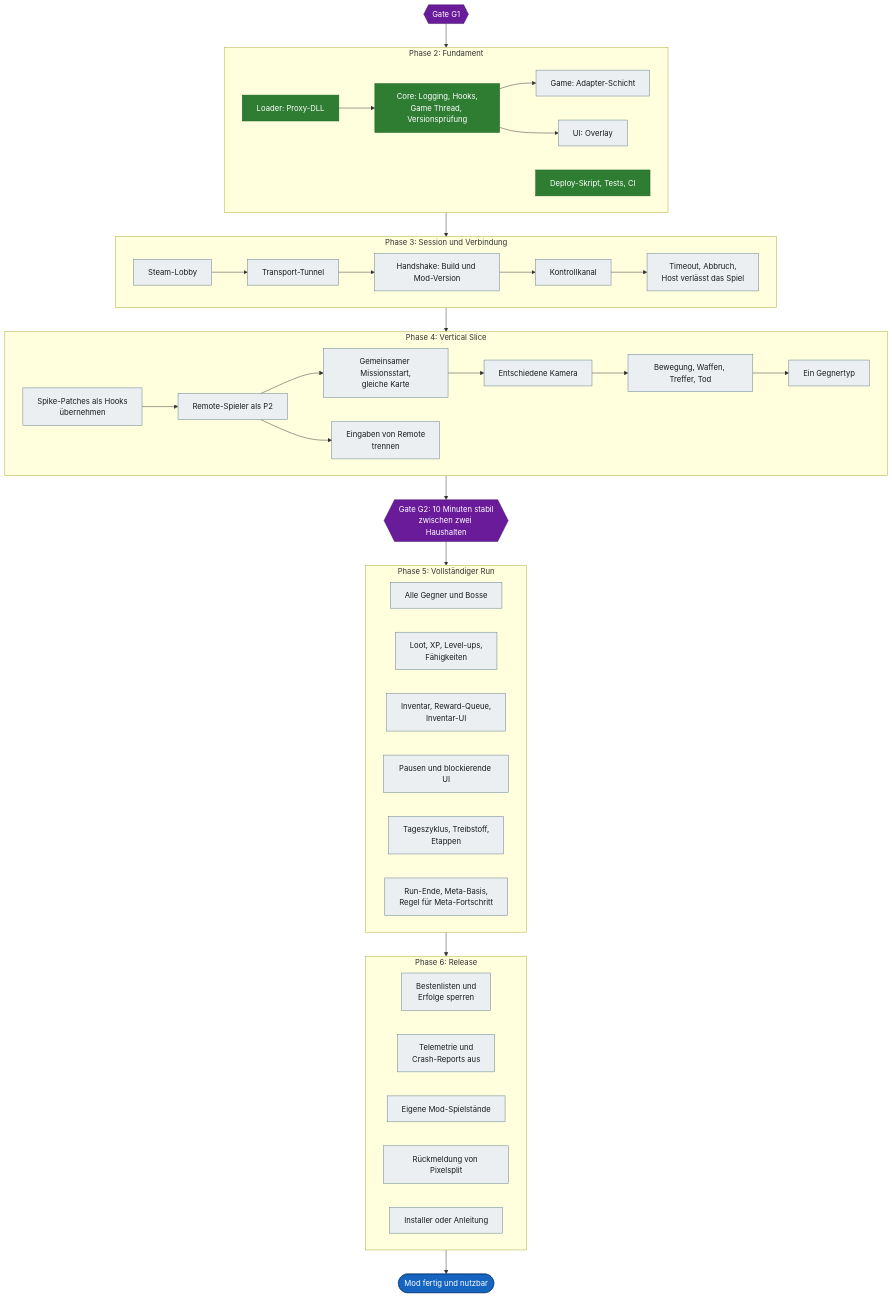
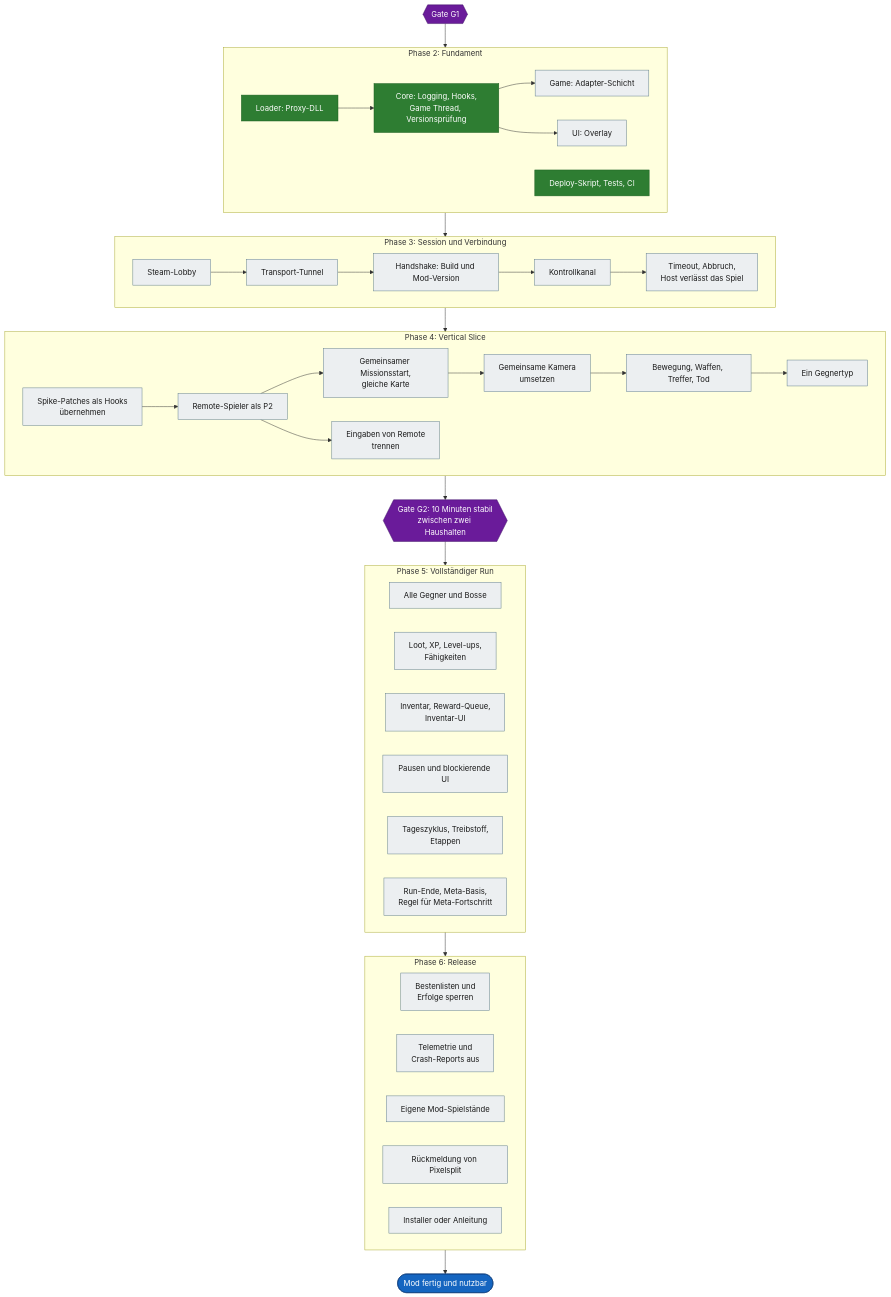
Before and after one commit to VitaminStack/Deadly-Days-Roadtrip-Multiplayer-Mod: the third of 4 diagrams in docs/ROADMAP.md, drawn with Mermaid. The commit also changed other lines of this file and 3 other files, not shown here.

````diff
--- a/docs/ROADMAP.md
+++ b/docs/ROADMAP.md
@@ -139,64 +139,64 @@
 ```mermaid
 flowchart TD
     G1{{"Gate G1"}}:::gate
 
     subgraph PH2["Phase 2: Fundament"]
         L["Loader: Proxy-DLL"]:::done
         C["Core: Logging, Hooks,<br/>Game Thread, Versionsprüfung"]:::done
         GA["Game: Adapter-Schicht"]:::open
         U["UI: Overlay"]:::open
         W["Deploy-Skript, Tests, CI"]:::done
         L --> C --> GA
         C --> U
     end
 
     subgraph PH3["Phase 3: Session und Verbindung"]
         LO["Steam-Lobby"]:::open
         TN["Transport-Tunnel"]:::open
         HS["Handshake: Build und Mod-Version"]:::open
         FE["Timeout, Abbruch,<br/>Host verlässt das Spiel"]:::open
         KK["Kontrollkanal"]:::open
         LO --> TN --> HS --> KK --> FE
     end
 
     subgraph PH4["Phase 4: Vertical Slice"]
         SH["Spike-Patches als Hooks<br/>übernehmen"]:::open
         R2["Remote-Spieler als P2"]:::open
         MS["Gemeinsamer Missionsstart,<br/>gleiche Karte"]:::open
-        KM["Entschiedene Kamera"]:::open
+        KM["Gemeinsame Kamera<br/>umsetzen"]:::open
         KA["Bewegung, Waffen, Treffer, Tod"]:::open
         GT["Ein Gegnertyp"]:::open
         EI["Eingaben von Remote<br/>trennen"]:::open
         SH --> R2 --> MS --> KM --> KA --> GT
         R2 --> EI
     end
 
     G2{{"Gate G2: 10 Minuten stabil<br/>zwischen zwei Haushalten"}}:::gate
 
     subgraph PH5["Phase 5: Vollständiger Run"]
         GE["Alle Gegner und Bosse"]:::open
         XP["Loot, XP, Level-ups,<br/>Fähigkeiten"]:::open
         IV["Inventar, Reward-Queue,<br/>Inventar-UI"]:::open
         PU["Pausen und blockierende UI"]:::open
         TG["Tageszyklus, Treibstoff,<br/>Etappen"]:::open
         ME["Run-Ende, Meta-Basis,<br/>Regel für Meta-Fortschritt"]:::open
     end
 
     subgraph PH6["Phase 6: Release"]
         SB["Bestenlisten und<br/>Erfolge sperren"]:::open
         TE["Telemetrie und<br/>Crash-Reports aus"]:::open
         SV["Eigene Mod-Spielstände"]:::open
         PS["Rückmeldung von Pixelsplit"]:::open
         IN["Installer oder Anleitung"]:::open
     end
 
     Z(["Mod fertig und nutzbar"]):::goal
 
     G1 --> PH2 --> PH3 --> PH4 --> G2 --> PH5 --> PH6 --> Z
 
     classDef done fill:#2e7d32,stroke:#1b5e20,color:#ffffff
     classDef wip fill:#f9a825,stroke:#b27a00,color:#1a1a1a
     classDef open fill:#eceff1,stroke:#607d8b,color:#1a1a1a
     classDef gate fill:#6a1b9a,stroke:#3e1163,color:#ffffff
     classDef goal fill:#1565c0,stroke:#0d3c78,color:#ffffff
 ```
````
